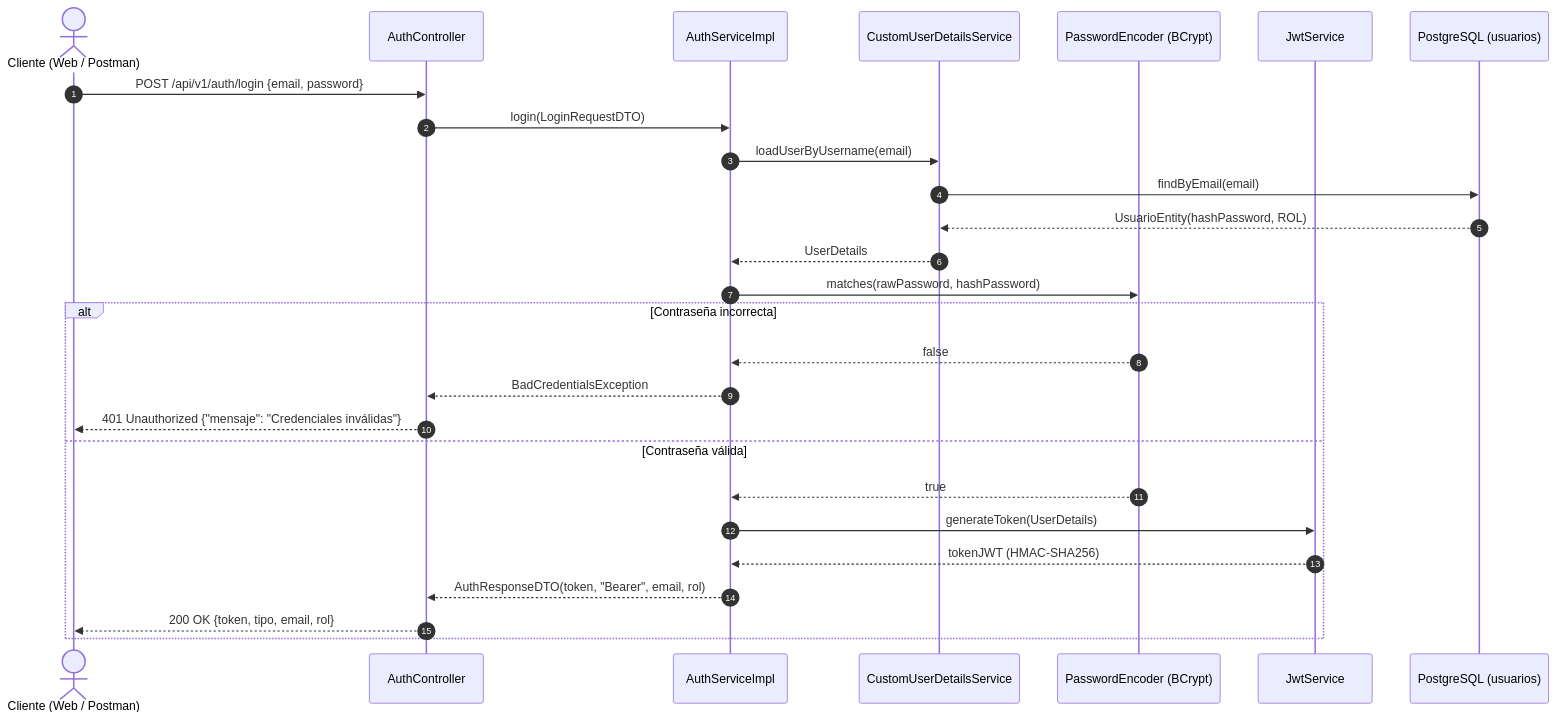
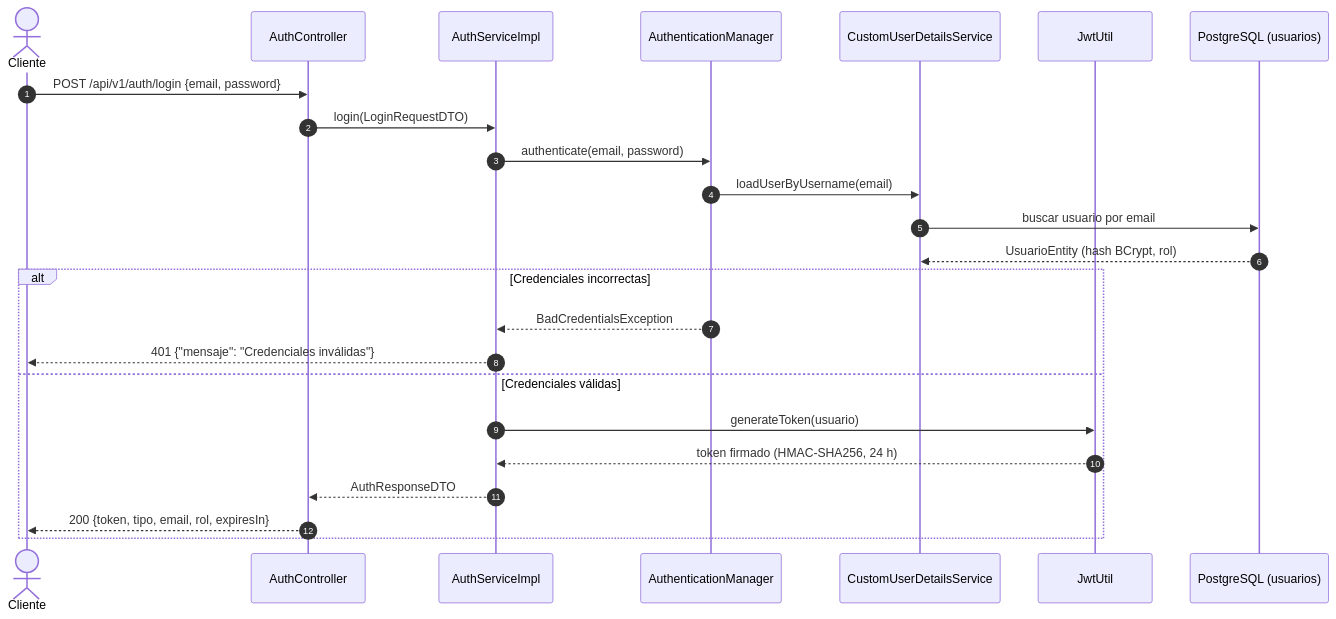
The first of 5 diagrams in docs/arquitectura-hld.md (ECI-FIT/ecifit-backend), drawn with Mermaid before and after one commit. The commit also changed other lines of this file and 7 other files, not shown here.

Commit message:
docs: diagrama de clases, HLD, README y documento de arquitectura

````diff
--- a/docs/arquitectura-hld.md
+++ b/docs/arquitectura-hld.md
@@ -998,30 +1059,27 @@
 ```mermaid
 sequenceDiagram
     autonumber
-    actor Cliente as Cliente (Web / Postman)
+    actor Cliente
     participant AuthCtrl as AuthController
     participant AuthSvc as AuthServiceImpl
-    participant UserDetails as CustomUserDetailsService
-    participant Encoder as PasswordEncoder (BCrypt)
-    participant JwtService as JwtService
+    participant AuthMgr as AuthenticationManager
+    participant Users as CustomUserDetailsService
+    participant Jwt as JwtUtil
     participant BD as PostgreSQL (usuarios)
 
     Cliente->>AuthCtrl: POST /api/v1/auth/login {email, password}
     AuthCtrl->>AuthSvc: login(LoginRequestDTO)
-    AuthSvc->>UserDetails: loadUserByUsername(email)
-    UserDetails->>BD: findByEmail(email)
-    BD-->>UserDetails: UsuarioEntity(hashPassword, ROL)
-    UserDetails-->>AuthSvc: UserDetails
-    AuthSvc->>Encoder: matches(rawPassword, hashPassword)
-    alt Contraseña incorrecta
-        Encoder-->>AuthSvc: false
-        AuthSvc-->>AuthCtrl: BadCredentialsException
-        AuthCtrl-->>Cliente: 401 Unauthorized {"mensaje": "Credenciales inválidas"}
-    else Contraseña válida
-        Encoder-->>AuthSvc: true
-        AuthSvc->>JwtService: generateToken(UserDetails)
-        JwtService-->>AuthSvc: tokenJWT (HMAC-SHA256)
-        AuthSvc-->>AuthCtrl: AuthResponseDTO(token, "Bearer", email, rol)
-        AuthCtrl-->>Cliente: 200 OK {token, tipo, email, rol}
+    AuthSvc->>AuthMgr: authenticate(email, password)
+    AuthMgr->>Users: loadUserByUsername(email)
+    Users->>BD: buscar usuario por email
+    BD-->>Users: UsuarioEntity (hash BCrypt, rol)
+    alt Credenciales incorrectas
+        AuthMgr-->>AuthSvc: BadCredentialsException
+        AuthSvc-->>Cliente: 401 {"mensaje": "Credenciales inválidas"}
+    else Credenciales válidas
+        AuthSvc->>Jwt: generateToken(usuario)
+        Jwt-->>AuthSvc: token firmado (HMAC-SHA256, 24 h)
+        AuthSvc-->>AuthCtrl: AuthResponseDTO
+        AuthCtrl-->>Cliente: 200 {token, tipo, email, rol, expiresIn}
     end
 ```
````
